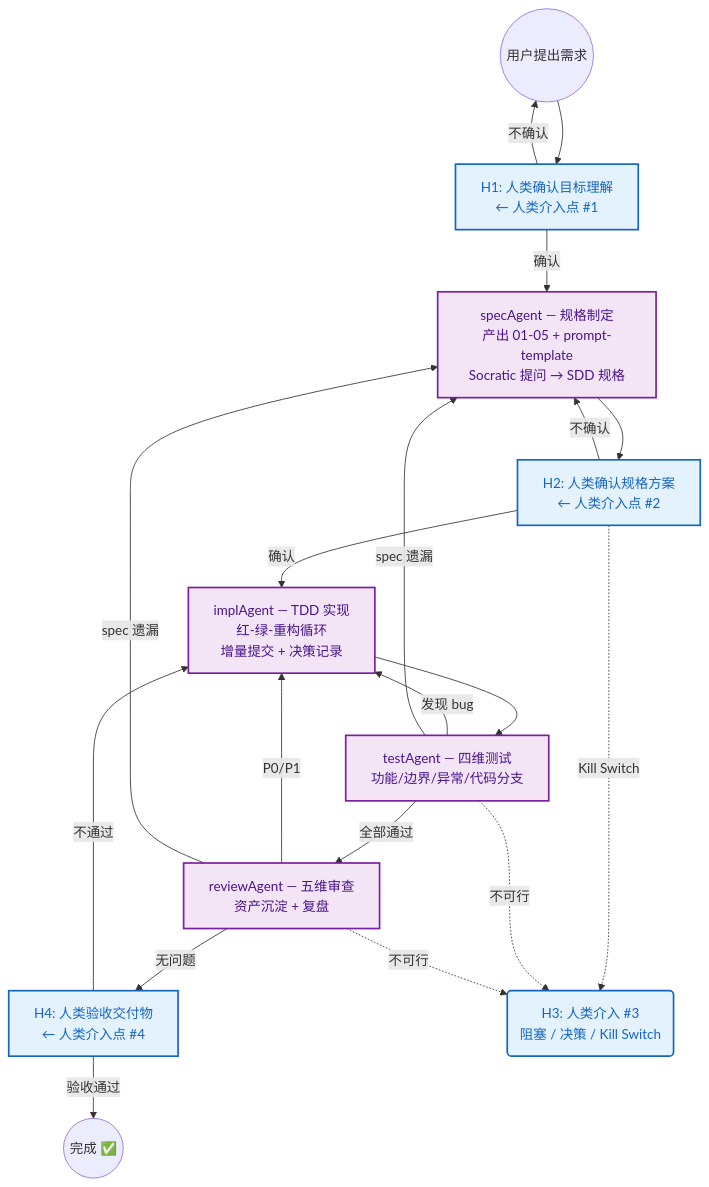
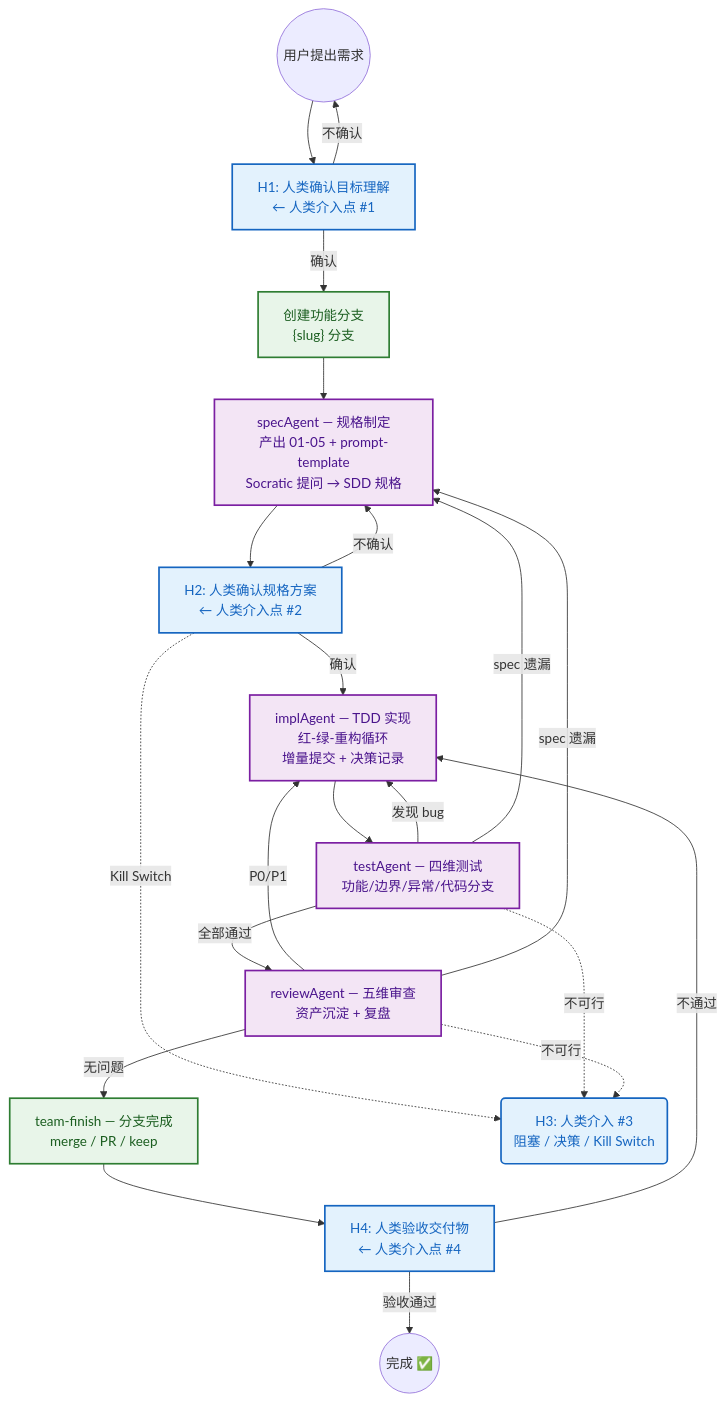
One commit to andeya/team-skills changed the first of 2 diagrams in README.md. Above: the diagram before and after it, drawn with Mermaid. The commit also changed other lines of this file, not shown here.

Commit message:
docs: align README architecture diagram with branch lifecycle
Add branch creation (after H1) and team-finish (before H4) to the
core Mermaid flowchart. Add green styling for git operations. Update
orchestrator description to mention branch management.

````diff
--- a/README.md
+++ b/README.md
@@ -179,40 +179,45 @@
 ```mermaid
 flowchart TD
     classDef human fill:#e3f2fd,stroke:#1565c0,stroke-width:2px,color:#1565c0;
     classDef agent fill:#f3e5f5,stroke:#7b1fa2,stroke-width:2px,color:#4a148c;
+    classDef git fill:#e8f5e9,stroke:#2e7d32,stroke-width:2px,color:#1b5e20;
     classDef kill fill:#ffebee,stroke:#c62828,stroke-width:2px,stroke-dasharray: 5 5,color:#b71c1c;
 
     START(("用户提出需求"))
     H1["H1: 人类确认目标理解<br/>← 人类介入点 #1"]:::human
+    BRANCH["创建功能分支<br/>{slug} 分支"]:::git
     SPEC["specAgent — 规格制定<br/>产出 01-05 + prompt-template<br/>Socratic 提问 → SDD 规格"]:::agent
     H2["H2: 人类确认规格方案<br/>← 人类介入点 #2"]:::human
     IMPL["implAgent — TDD 实现<br/>红-绿-重构循环<br/>增量提交 + 决策记录"]:::agent
     TEST["testAgent — 四维测试<br/>功能/边界/异常/代码分支"]:::agent
     REVIEW["reviewAgent — 五维审查<br/>资产沉淀 + 复盘"]:::agent
+    FINISH["team-finish — 分支完成<br/>merge / PR / keep"]:::git
     H4["H4: 人类验收交付物<br/>← 人类介入点 #4"]:::human
     H3("H3: 人类介入 #3<br/>阻塞 / 决策 / Kill Switch"):::human
 
     START --> H1
-    H1 -->|确认| SPEC
+    H1 -->|确认| BRANCH
     H1 -->|不确认| START
 
+    BRANCH --> SPEC
     SPEC --> H2
     H2 -->|确认| IMPL
     H2 -->|不确认| SPEC
     H2 -.->|Kill Switch| H3
 
     IMPL --> TEST
 
     TEST -->|全部通过| REVIEW
     TEST -->|发现 bug| IMPL
     TEST -->|spec 遗漏| SPEC
     TEST -.->|不可行| H3
 
-    REVIEW -->|无问题| H4
+    REVIEW -->|无问题| FINISH
     REVIEW -->|P0/P1| IMPL
     REVIEW -->|spec 遗漏| SPEC
     REVIEW -.->|不可行| H3
 
+    FINISH --> H4
     H4 -->|验收通过| DONE(("完成 ✅"))
     H4 -->|不通过| IMPL
 ```
````
